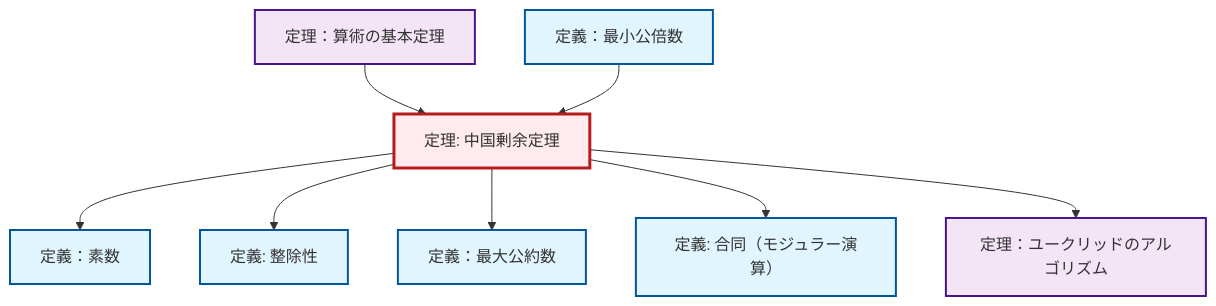
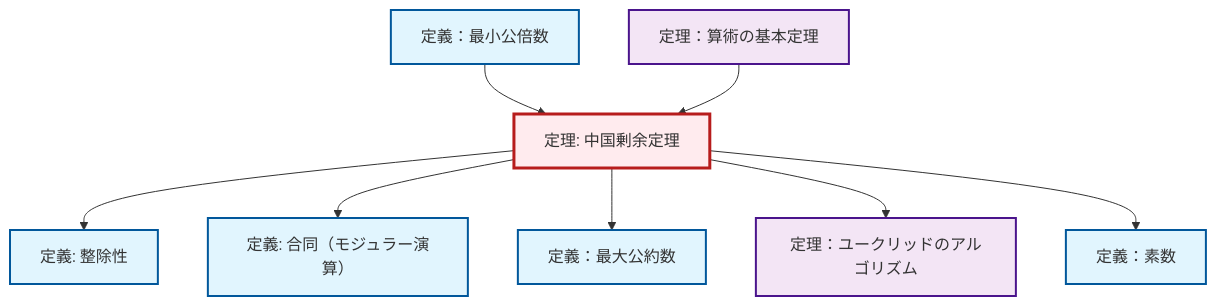
The diagram in content/ja/number-theory/thm-chinese-remainder.qmd (RK0429/ModernMath), drawn with Mermaid before and after one commit. The commit also changed 672 other files, not shown here.

````diff
--- a/content/ja/number-theory/thm-chinese-remainder.qmd
+++ b/content/ja/number-theory/thm-chinese-remainder.qmd
@@ -89,32 +89,32 @@
 ```{mermaid}
-%%| fig-cap: "Local dependency graph"
+%%| fig-cap: "ローカル依存関係グラフ"
 graph TD
     classDef definition fill:#e1f5fe,stroke:#01579b,stroke-width:2px
     classDef theorem fill:#f3e5f5,stroke:#4a148c,stroke-width:2px
     classDef axiom fill:#fff3e0,stroke:#e65100,stroke-width:2px
     classDef example fill:#e8f5e9,stroke:#1b5e20,stroke-width:2px
     classDef current fill:#ffebee,stroke:#b71c1c,stroke-width:3px
-    def-gcd["定義：最大公約数"]:::definition
-    def-congruence["定義: 合同（モジュラー演算）"]:::definition
-    thm-chinese-remainder["定理: 中国剰余定理"]:::theorem
+    thm-euclidean-algorithm["定理：ユークリッドのアルゴリズム"]:::theorem
     def-lcm["定義：最小公倍数"]:::definition
     thm-fundamental-arithmetic["定理：算術の基本定理"]:::theorem
+    def-congruence["定義: 合同（モジュラー演算）"]:::definition
+    def-prime["定義：素数"]:::definition
+    def-gcd["定義：最大公約数"]:::definition
+    thm-chinese-remainder["定理: 中国剰余定理"]:::theorem
     def-divisibility["定義: 整除性"]:::definition
-    thm-euclidean-algorithm["定理：ユークリッドのアルゴリズム"]:::theorem
-    def-prime["定義：素数"]:::definition
+    def-lcm --> thm-chinese-remainder
+    thm-chinese-remainder --> def-divisibility
+    thm-chinese-remainder --> def-congruence
+    thm-fundamental-arithmetic --> thm-chinese-remainder
+    thm-chinese-remainder --> def-gcd
+    thm-chinese-remainder --> thm-euclidean-algorithm
     thm-chinese-remainder --> def-prime
-    thm-chinese-remainder --> def-divisibility
-    thm-chinese-remainder --> def-gcd
-    thm-fundamental-arithmetic --> thm-chinese-remainder
-    def-lcm --> thm-chinese-remainder
-    thm-chinese-remainder --> def-congruence
-    thm-chinese-remainder --> thm-euclidean-algorithm
     class thm-chinese-remainder current
-    click def-gcd "def-gcd.html" "定義：最大公約数へ"
-    click def-congruence "def-congruence.html" "合同（モジュラー演算）の定義へ"
+    click thm-euclidean-algorithm "thm-euclidean-algorithm.html" "定理：ユークリッドのアルゴリズムへ"
     click def-lcm "def-lcm.html" "定義：最小公倍数へ"
     click thm-fundamental-arithmetic "thm-fundamental-arithmetic.html" "定理：算術の基本定理へ"
+    click def-congruence "def-congruence.html" "合同（モジュラー演算）の定義へ"
+    click def-prime "def-prime.html" "定義：素数へ"
+    click def-gcd "def-gcd.html" "定義：最大公約数へ"
     click def-divisibility "def-divisibility.html" "整除性の定義へ"
-    click thm-euclidean-algorithm "thm-euclidean-algorithm.html" "定理：ユークリッドのアルゴリズムへ"
-    click def-prime "def-prime.html" "定義：素数へ"
 ```
````
